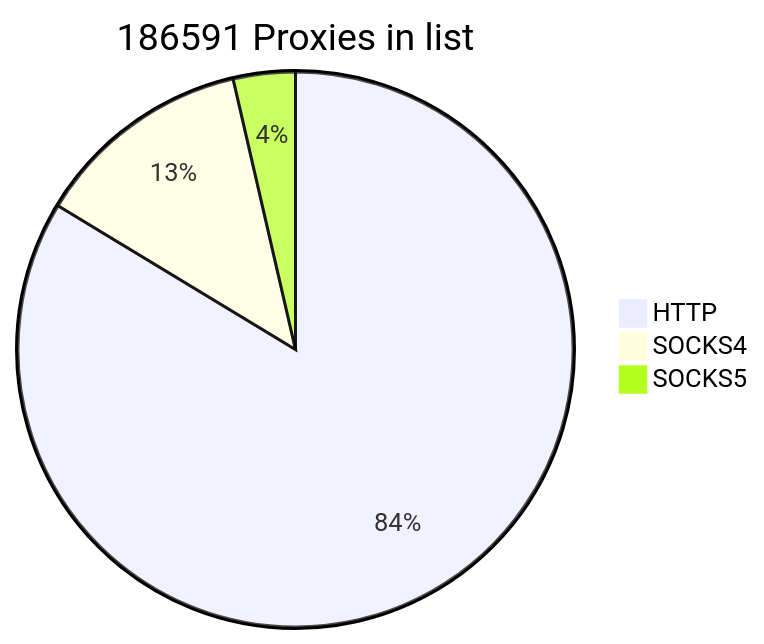
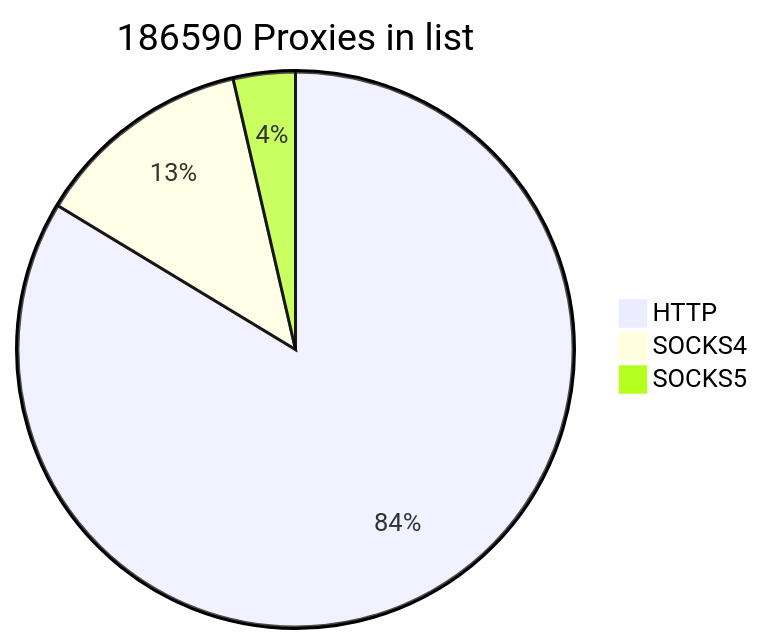
The first of 2 diagrams in README.md (cutipu/proxylist), drawn with Mermaid before and after one commit. The commit also changed other lines of this file, not shown here.

````diff
--- a/README.md
+++ b/README.md
@@ -2,7 +2,7 @@
 ```mermaid
-pie title 186591 Proxies in list
-    "HTTP" : 156111
-    "SOCKS4" : 23750
+pie title 186590 Proxies in list
+    "HTTP" : 156109
+    "SOCKS4" : 23751
     "SOCKS5" : 6730
             
 ```
````
